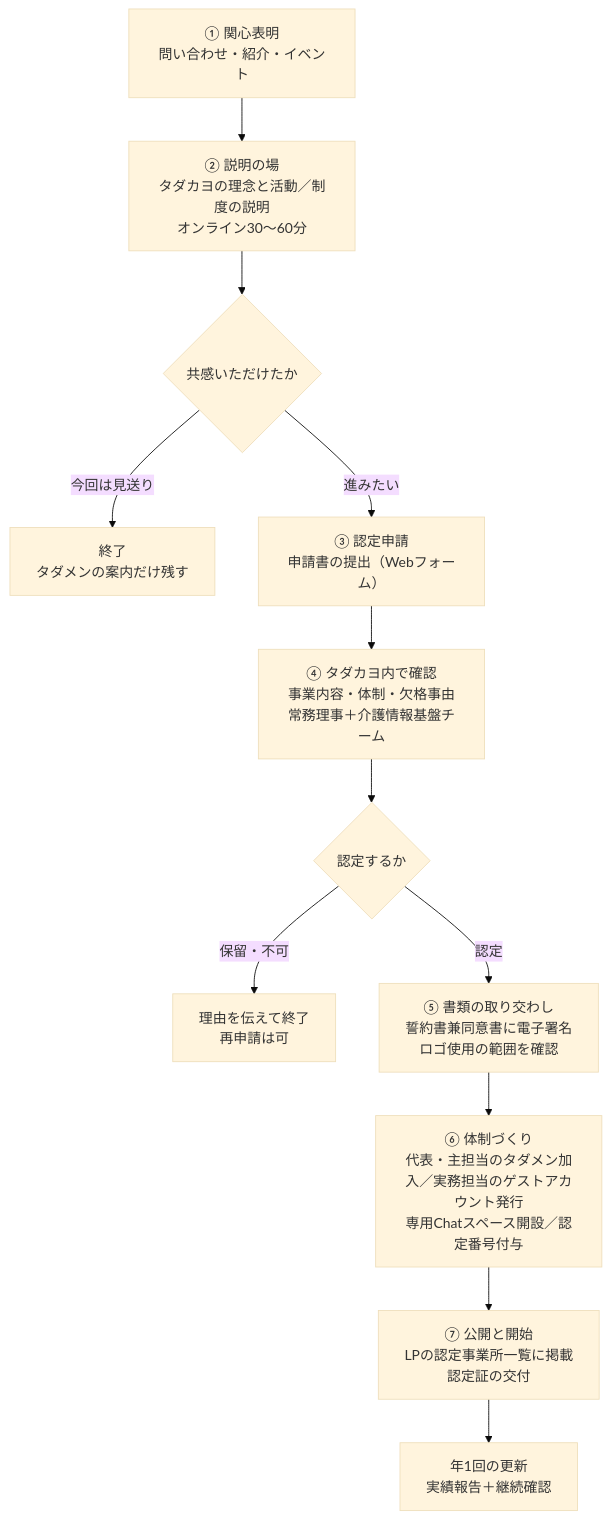
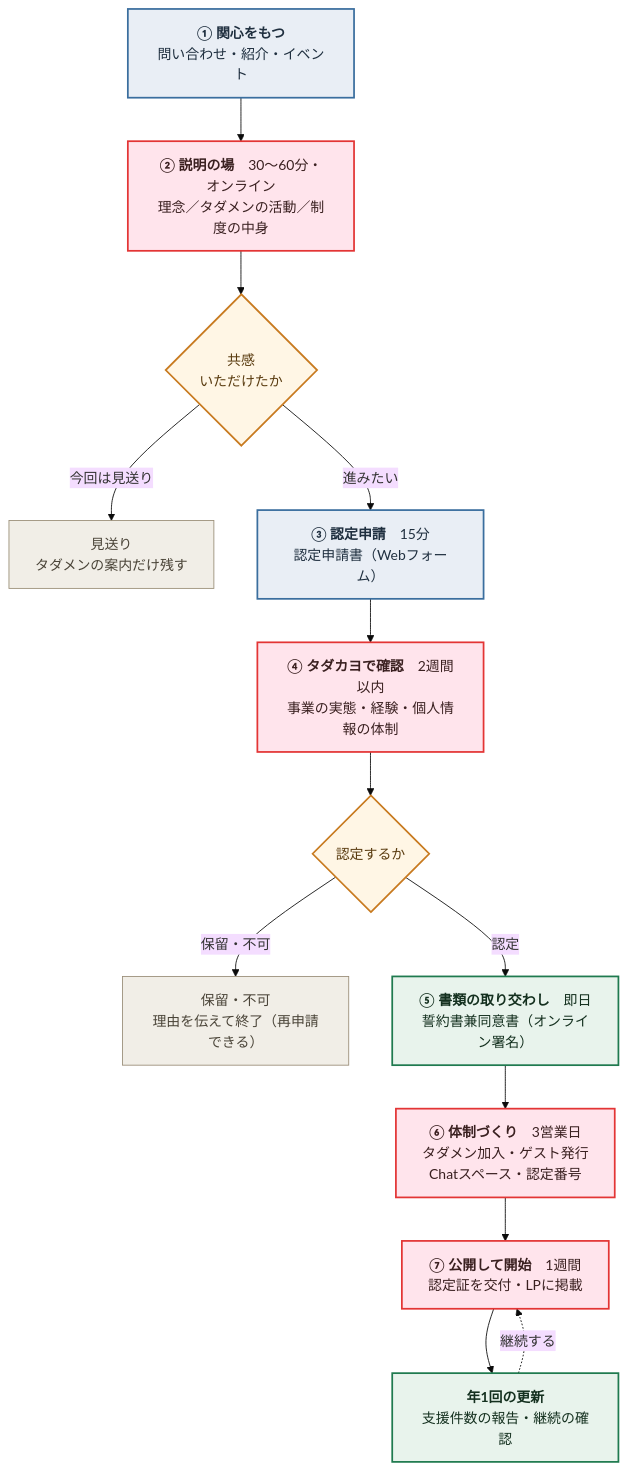
The diagram in docs/認定事業者制度_認定プロセスと取り交わす書類_検討_20260906.md (npo-tadakayo/kjk-tadakayo), drawn with Mermaid (base theme) before and after one commit. The commit also changed other lines of this file, not shown here.

Commit message:
docs(認定事業者): 認定プロセスの図を、担当者が色で分かる形に作り直した
・誰が動くか（タダカヨ／事業者／双方）をノードの色で区別し、凡例を付けた
・所要時間をノード内に入れ、詳細は下の表に任せて文言を詰めた（箱の中での不自然な折り返しを解消）
・分かれ道（共感いただけたか／認定するか）を橙のひし形で統一
・実際に mermaid でレンダリングして表示を確認（686×1578）

````diff
--- a/docs/認定事業者制度_認定プロセスと取り交わす書類_検討_20260906.md
+++ b/docs/認定事業者制度_認定プロセスと取り交わす書類_検討_20260906.md
@@ -24,14 +26,34 @@
 ```mermaid
 flowchart TD
-  S1[① 関心表明<br>問い合わせ・紹介・イベント] --> S2[② 説明の場<br>タダカヨの理念と活動／制度の説明<br>オンライン30〜60分]
-  S2 --> D1{共感いただけたか}
-  D1 -->|今回は見送り| E1[終了<br>タダメンの案内だけ残す]
-  D1 -->|進みたい| S3[③ 認定申請<br>申請書の提出（Webフォーム）]
-  S3 --> S4[④ タダカヨ内で確認<br>事業内容・体制・欠格事由<br>常務理事＋介護情報基盤チーム]
-  S4 --> D2{認定するか}
-  D2 -->|保留・不可| E2[理由を伝えて終了<br>再申請は可]
-  D2 -->|認定| S5[⑤ 書類の取り交わし<br>誓約書兼同意書に電子署名<br>ロゴ使用の範囲を確認]
-  S5 --> S6[⑥ 体制づくり<br>代表・主担当のタダメン加入／実務担当のゲストアカウント発行<br>専用Chatスペース開設／認定番号付与]
-  S6 --> S7[⑦ 公開と開始<br>LPの認定事業所一覧に掲載<br>認定証の交付]
-  S7 --> R[年1回の更新<br>実績報告＋継続確認]
+  S1["<b>① 関心をもつ</b><br/>問い合わせ・紹介・イベント"]
+  S2["<b>② 説明の場</b>　30〜60分・オンライン<br/>理念／タダメンの活動／制度の中身"]
+  D1{"共感<br/>いただけたか"}
+  E1["見送り<br/>タダメンの案内だけ残す"]
+  S3["<b>③ 認定申請</b>　15分<br/>認定申請書（Webフォーム）"]
+  S4["<b>④ タダカヨで確認</b>　2週間以内<br/>事業の実態・経験・個人情報の体制"]
+  D2{"認定するか"}
+  E2["保留・不可<br/>理由を伝えて終了（再申請できる）"]
+  S5["<b>⑤ 書類の取り交わし</b>　即日<br/>誓約書兼同意書（オンライン署名）"]
+  S6["<b>⑥ 体制づくり</b>　3営業日<br/>タダメン加入・ゲスト発行<br/>Chatスペース・認定番号"]
+  S7["<b>⑦ 公開して開始</b>　1週間<br/>認定証を交付・LPに掲載"]
+  R["<b>年1回の更新</b><br/>支援件数の報告・継続の確認"]
+
+  S1 --> S2 --> D1
+  D1 -->|進みたい| S3 --> S4 --> D2
+  D1 -->|今回は見送り| E1
+  D2 -->|認定| S5 --> S6 --> S7 --> R
+  D2 -->|保留・不可| E2
+  R -.->|継続する| S7
+
+  classDef tadakayo fill:#FFE4EC,stroke:#E33535,stroke-width:2px,color:#3a2020
+  classDef jigyosha fill:#E9EEF5,stroke:#3a6e9e,stroke-width:2px,color:#1f2f3f
+  classDef both fill:#E8F3EC,stroke:#1F7A4F,stroke-width:2px,color:#14301f
+  classDef owari fill:#F1EEE7,stroke:#9a8e78,stroke-width:1px,color:#4a4438
+  classDef bunki fill:#FFF6E5,stroke:#c87a1f,stroke-width:2px,color:#5a3c10
+
+  class S2,S4,S6,S7 tadakayo
+  class S1,S3 jigyosha
+  class S5,R both
+  class E1,E2 owari
+  class D1,D2 bunki
 ```
````
